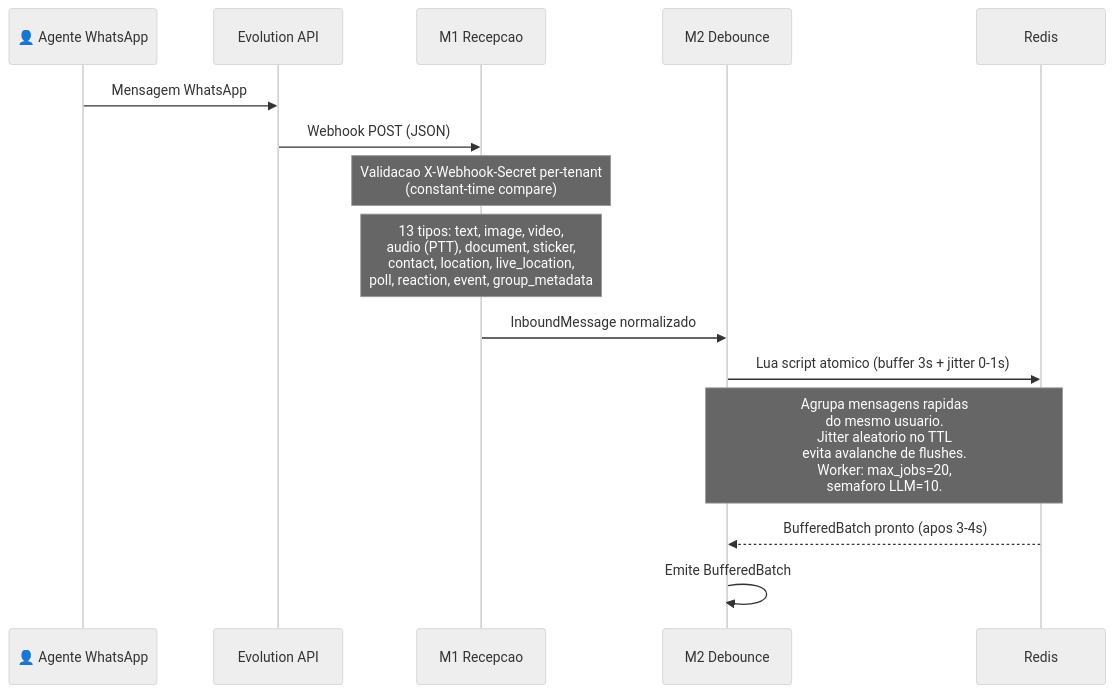
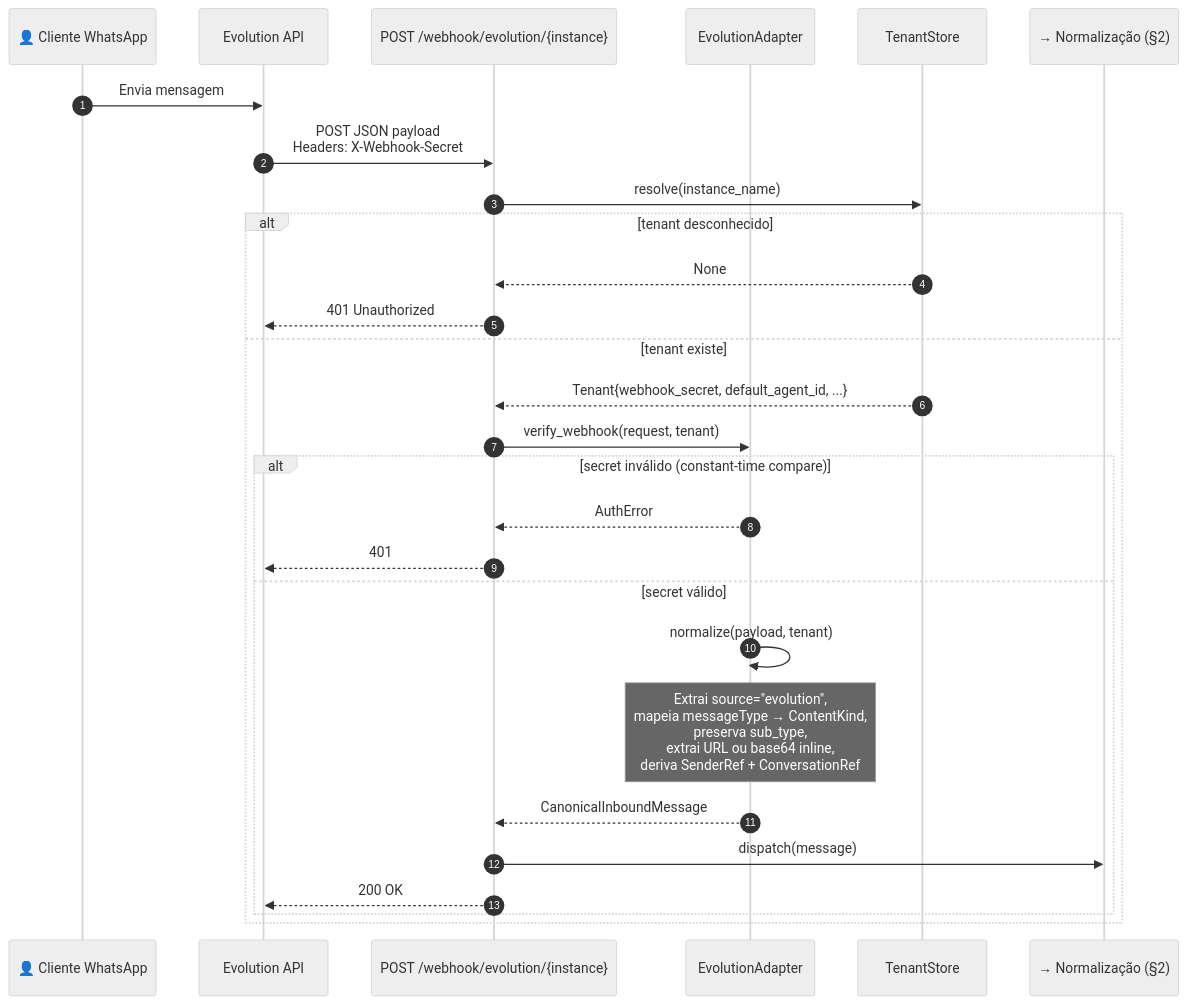
The second of 33 diagrams in platforms/prosauai/business/process.md (paceautomations/madruga.ai), drawn with Mermaid (neutral theme) before and after one commit. The commit also changed other lines of this file and 1 other file, not shown here.

````diff
--- a/platforms/prosauai/business/process.md
+++ b/platforms/prosauai/business/process.md
@@ -61,19 +109,31 @@
 ```mermaid
 sequenceDiagram
-    participant Agent as 👤 Agente WhatsApp
-    participant EVO as Evolution API
-    participant M1 as M1 Recepcao
-    participant M2 as M2 Debounce
-    participant Redis
+    autonumber
+    participant U as 👤 Cliente WhatsApp
+    participant E as Evolution API
+    participant W as POST /webhook/evolution/{instance}
+    participant A as EvolutionAdapter
+    participant T as TenantStore
+    participant N as → Normalização (§2)
 
-    Agent->>EVO: Mensagem WhatsApp
-    EVO->>M1: Webhook POST (JSON)
-    Note over M1: Validacao X-Webhook-Secret per-tenant<br/>(constant-time compare)
-    Note over M1: 13 tipos: text, image, video,<br/>audio (PTT), document, sticker,<br/>contact, location, live_location,<br/>poll, reaction, event, group_metadata
-
-    M1->>M2: InboundMessage normalizado
-    M2->>Redis: Lua script atomico (buffer 3s + jitter 0-1s)
-    Note over M2,Redis: Agrupa mensagens rapidas<br/>do mesmo usuario.<br/>Jitter aleatorio no TTL<br/>evita avalanche de flushes.<br/>Worker: max_jobs=20,<br/>semaforo LLM=10.
-    Redis-->>M2: BufferedBatch pronto (apos 3-4s)
-    M2->>M2: Emite BufferedBatch
+    U->>E: Envia mensagem
+    E->>W: POST JSON payload<br/>Headers: X-Webhook-Secret
+    W->>T: resolve(instance_name)
+    alt tenant desconhecido
+        T-->>W: None
+        W-->>E: 401 Unauthorized
+    else tenant existe
+        T-->>W: Tenant{webhook_secret, default_agent_id, ...}
+        W->>A: verify_webhook(request, tenant)
+        alt secret inválido (constant-time compare)
+            A-->>W: AuthError
+            W-->>E: 401
+        else secret válido
+            A->>A: normalize(payload, tenant)
+            Note over A: Extrai source="evolution",<br/>mapeia messageType → ContentKind,<br/>preserva sub_type,<br/>extrai URL ou base64 inline,<br/>deriva SenderRef + ConversationRef
+            A-->>W: CanonicalInboundMessage
+            W->>N: dispatch(message)
+            W-->>E: 200 OK
+        end
+    end
 ```
````
